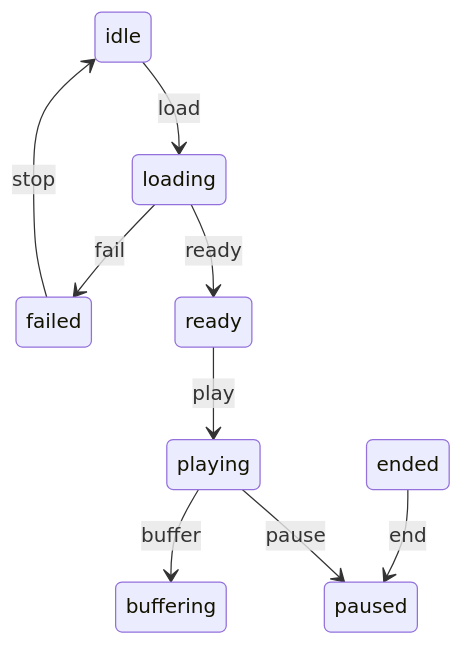
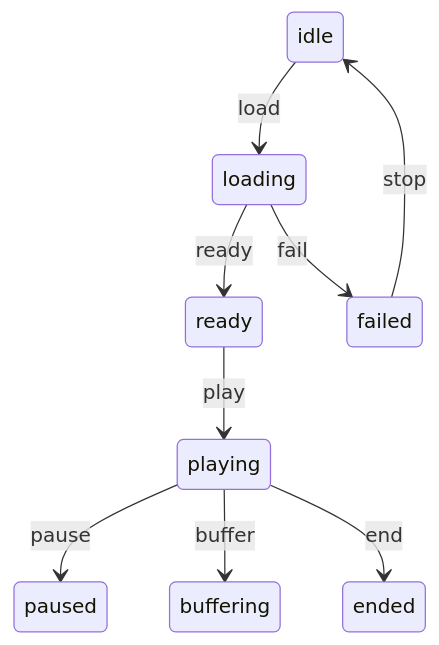
The diagram in docs/features/PLAYER-STATE-MACHINE.md (tattva20/StreamingVideoApp), drawn with Mermaid before and after one commit. The commit also changed other lines of this file and 43 other files, not shown here.

````diff
--- a/docs/features/PLAYER-STATE-MACHINE.md
+++ b/docs/features/PLAYER-STATE-MACHINE.md
@@ -9,11 +9,11 @@
 ```mermaid
 stateDiagram-v2
     idle --> loading: load
     loading --> ready: ready
     loading --> failed: fail
     ready --> playing: play
     playing --> paused: pause
     playing --> buffering: buffer
-    ended --> paused: end
+    playing --> ended: end
     failed --> idle: stop
 ```
````
